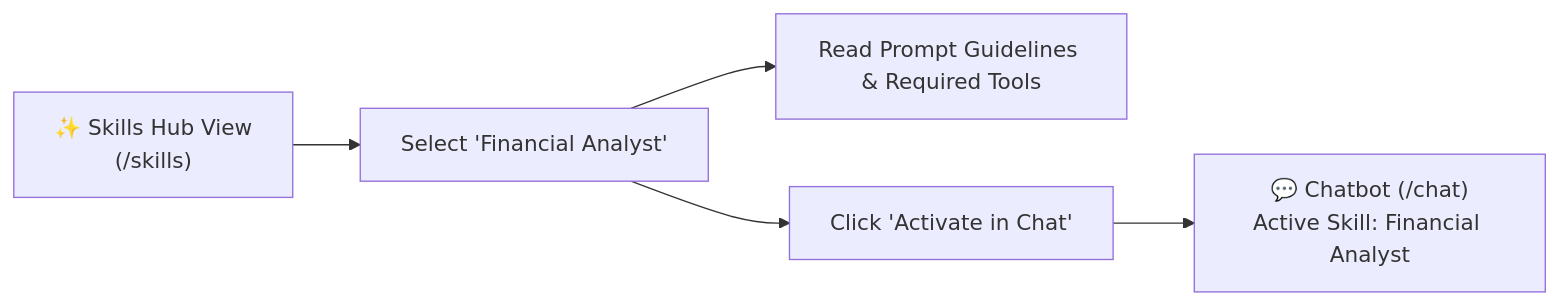
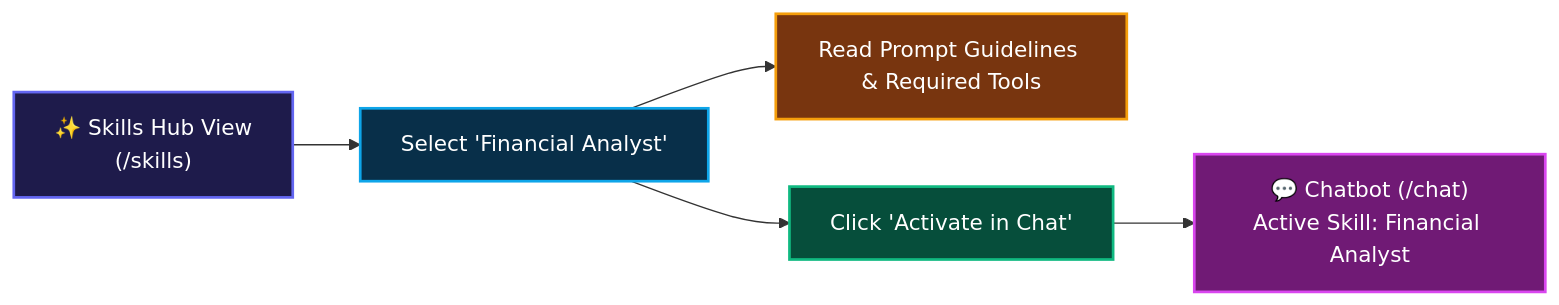
One commit to vdonthireddy/agentic-ai changed the diagram in docs/04_domain_skills_hub.md. Above: the diagram before and after it, drawn with Mermaid. The commit also changed 10 other files, not shown here.

Commit message:
docs(styling): enrich Mermaid flowcharts with vibrant, glowing classDef colors across all documentation guides

````diff
--- a/docs/04_domain_skills_hub.md
+++ b/docs/04_domain_skills_hub.md
@@ -34,7 +34,19 @@
 ```mermaid
 flowchart LR
     Hub["✨ Skills Hub View\n(/skills)"] --> Pick["Select 'Financial Analyst'"]
     Pick --> Read["Read Prompt Guidelines & Required Tools"]
     Pick --> Act["Click 'Activate in Chat'"]
     Act --> Chat["💬 Chatbot (/chat)\nActive Skill: Financial Analyst"]
+
+    classDef cIndigo fill:#1e1b4b,stroke:#6366f1,stroke-width:2px,color:#fff;
+    classDef cCyan fill:#082f49,stroke:#0ea5e9,stroke-width:2px,color:#fff;
+    classDef cAmber fill:#78350f,stroke:#f59e0b,stroke-width:2px,color:#fff;
+    classDef cEmerald fill:#064e3b,stroke:#10b981,stroke-width:2px,color:#fff;
+    classDef cFuchsia fill:#701a75,stroke:#d946ef,stroke-width:2px,color:#fff;
+
+    class Hub cIndigo;
+    class Pick cCyan;
+    class Read cAmber;
+    class Act cEmerald;
+    class Chat cFuchsia;
 ```
````
